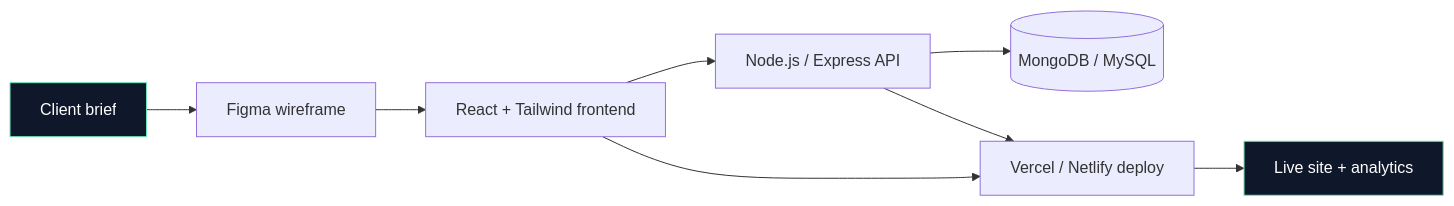
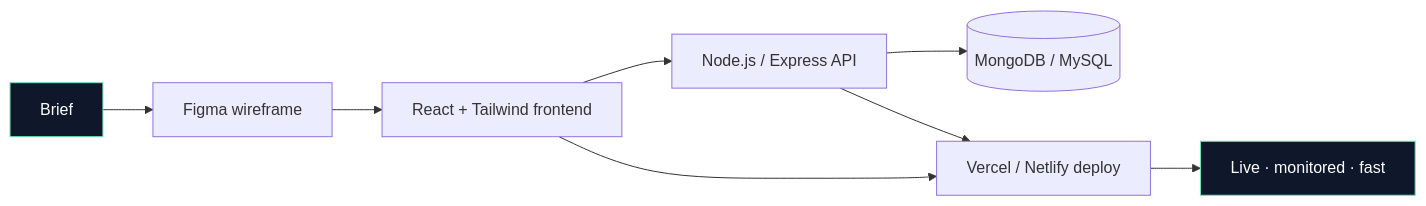
Before and after one commit to Gokulraj002/Gokulraj002: the diagram in README.md, drawn with Mermaid. The commit also changed other lines of this file, not shown here.

````diff
--- a/README.md
+++ b/README.md
@@ -71,12 +48,12 @@
 ```mermaid
 flowchart LR
-    A[Client brief] --> B[Figma wireframe]
+    A[Brief] --> B[Figma wireframe]
     B --> C[React + Tailwind frontend]
     C --> D[Node.js / Express API]
     D --> E[(MongoDB / MySQL)]
     C --> F[Vercel / Netlify deploy]
     D --> F
-    F --> G[Live site + analytics]
+    F --> G[Live · monitored · fast]
     style A fill:#0f172a,stroke:#6ee7b7,color:#fff
     style G fill:#0f172a,stroke:#6ee7b7,color:#fff
 ```
````
